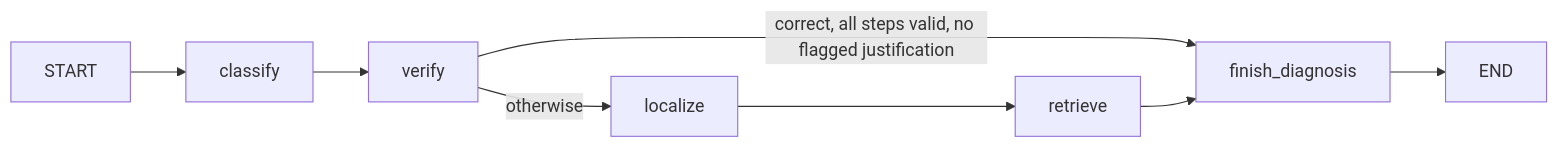
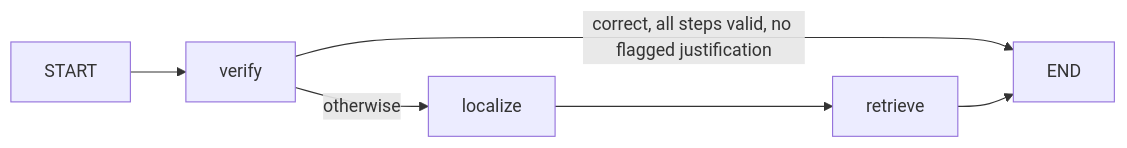
Before and after one commit to ruzhylopv/math-tutor-nlp-sys: the second of 2 diagrams in docs/architecture.md, drawn with Mermaid. The commit also changed other lines of this file and 24 other files, not shown here.

First line of the commit message:
refactor: remove classify and finish_diagnosis from the graph

````diff
--- a/docs/architecture.md
+++ b/docs/architecture.md
@@ -57,7 +57,6 @@
 ```mermaid
 flowchart LR
-  START --> classify --> verify
-  verify -->|"correct, all steps valid, no flagged justification"| finish_diagnosis
-  verify -->|otherwise| localize --> retrieve --> finish_diagnosis
-  finish_diagnosis --> END
+  START --> verify
+  verify -->|"correct, all steps valid, no flagged justification"| END
+  verify -->|otherwise| localize --> retrieve --> END
 ```
````
